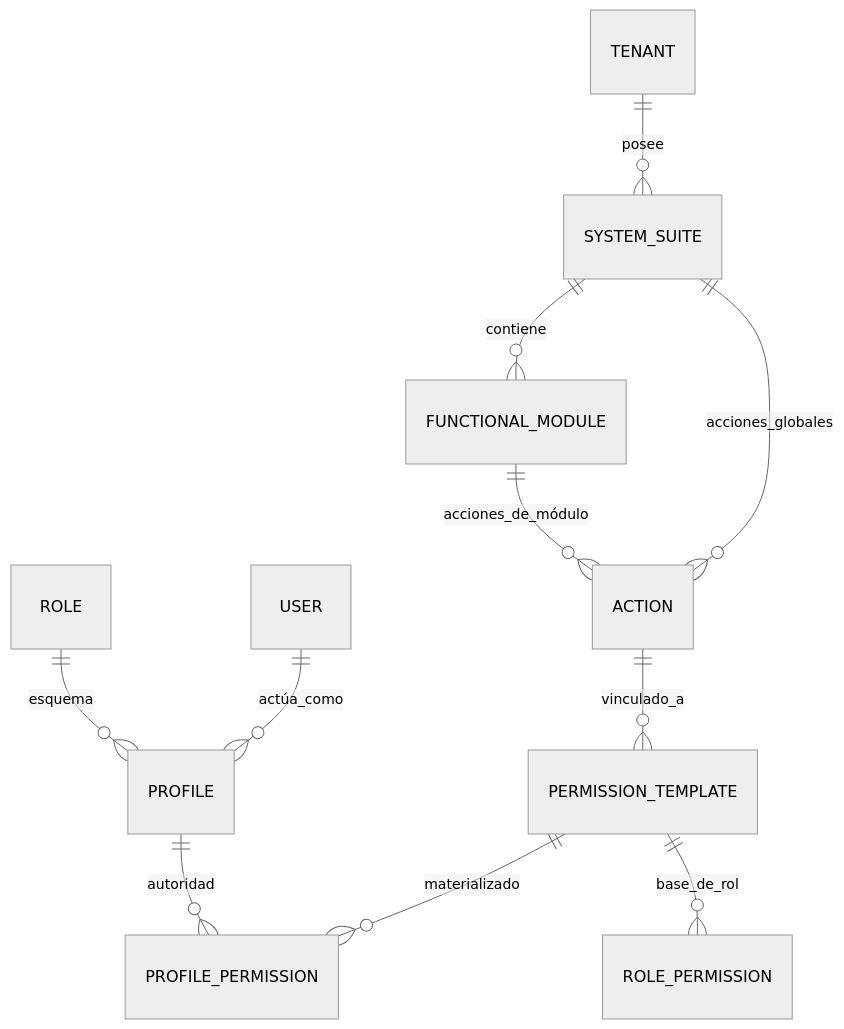
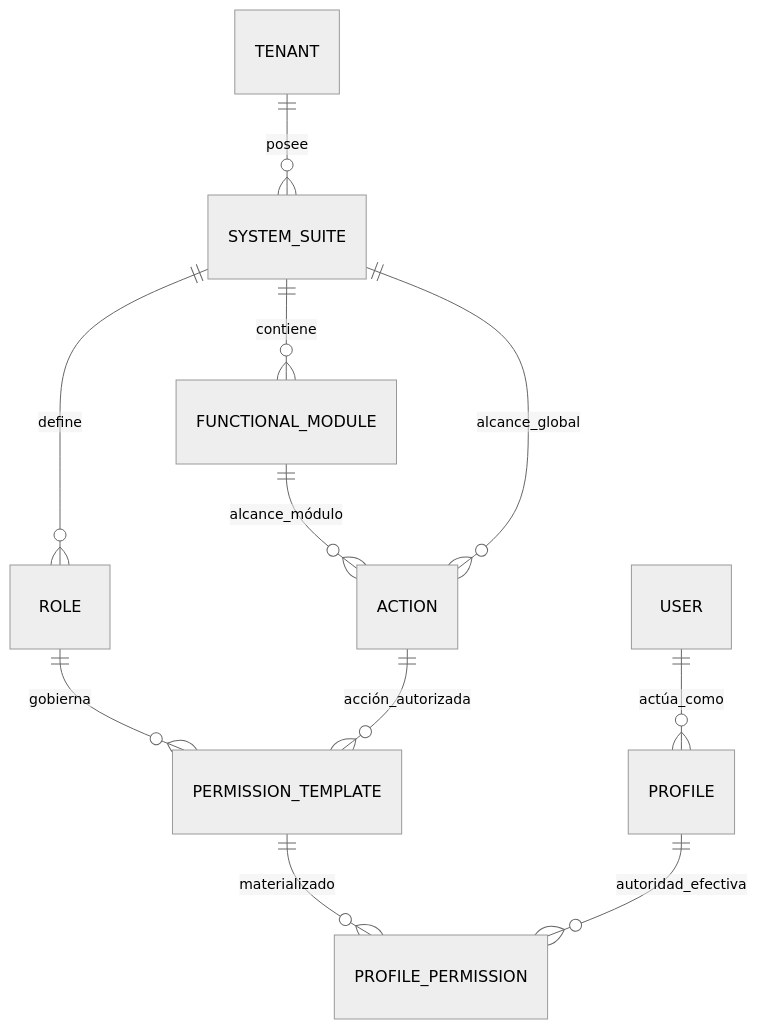
One commit to beyondnetcode/ums changed the first of 3 diagrams in architecture/blueprints-es/database-design-er.md. Above: the diagram before and after it, drawn with Mermaid (neutral theme). The commit also changed other lines of this file and 4 other files, not shown here.

Commit message:
feat(auth): implement Role-Scoped Template Governance and deep functional hierarchy (EN/ES)

````diff
--- a/architecture/blueprints-es/database-design-er.md
+++ b/architecture/blueprints-es/database-design-er.md
@@ -27,16 +27,16 @@
 ```mermaid
 erDiagram
     TENANT ||--o{ SYSTEM_SUITE : "posee"
+    SYSTEM_SUITE ||--o{ ROLE : "define"
     SYSTEM_SUITE ||--o{ FUNCTIONAL_MODULE : "contiene"
-    SYSTEM_SUITE ||--o{ ACTION : "acciones_globales"
-    FUNCTIONAL_MODULE ||--o{ ACTION : "acciones_de_módulo"
     
-    ACTION ||--o{ PERMISSION_TEMPLATE : "vinculado_a"
+    ROLE ||--o{ PERMISSION_TEMPLATE : "gobierna"
     PERMISSION_TEMPLATE ||--o{ PROFILE_PERMISSION : "materializado"
     
     USER ||--o{ PROFILE : "actúa_como"
-    PROFILE ||--o{ PROFILE_PERMISSION : "autoridad"
+    PROFILE ||--o{ PROFILE_PERMISSION : "autoridad_efectiva"
     
-    ROLE ||--o{ PROFILE : "esquema"
-    PERMISSION_TEMPLATE ||--o{ ROLE_PERMISSION : "base_de_rol"
+    FUNCTIONAL_MODULE ||--o{ ACTION : "alcance_módulo"
+    SYSTEM_SUITE ||--o{ ACTION : "alcance_global"
+    ACTION ||--o{ PERMISSION_TEMPLATE : "acción_autorizada"
 ```
````
